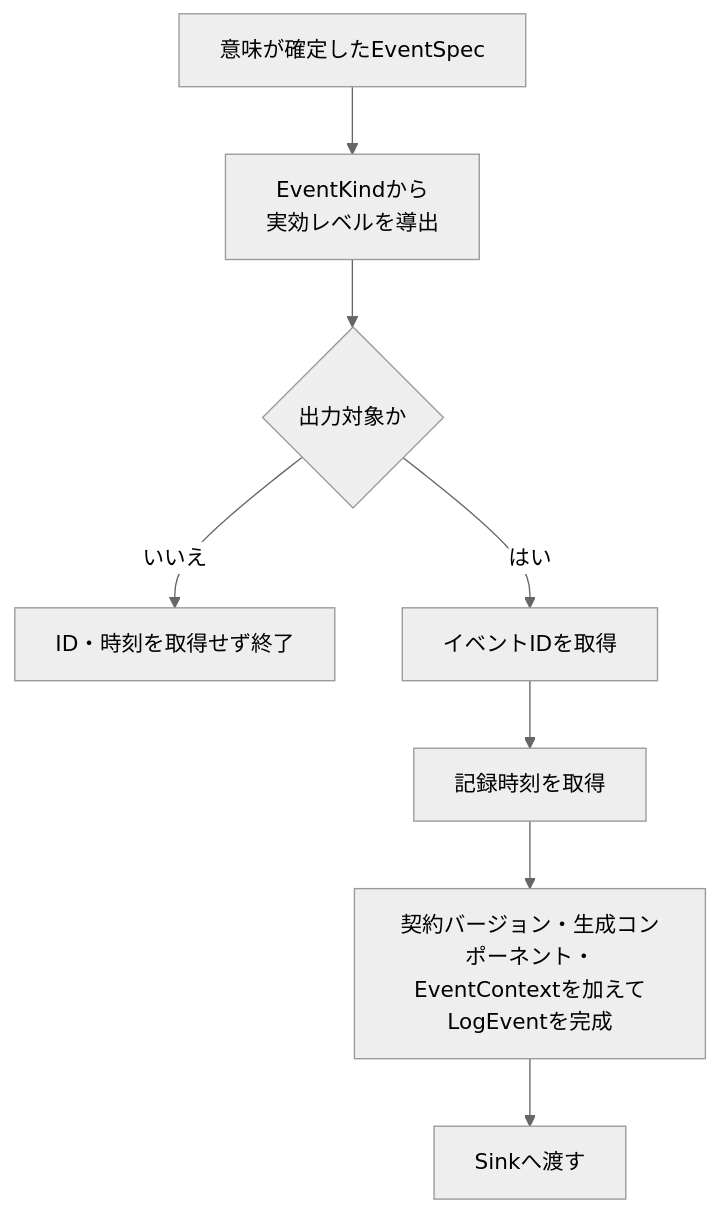
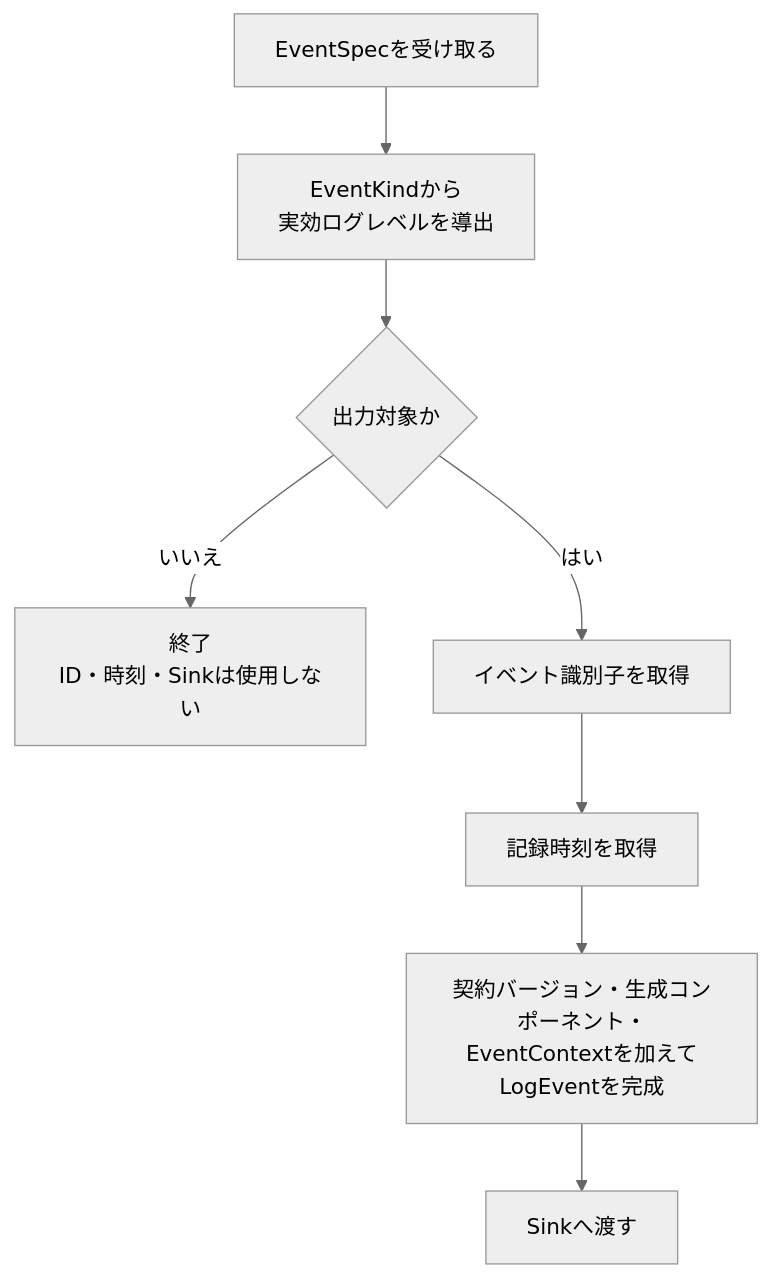
The second of 2 diagrams in project-docs/design/structured-logging/AI推論サービス構造化ログ設計.md (takashit16833/RAGScope), drawn with Mermaid (neutral theme) before and after one commit. The commit also changed other lines of this file, not shown here.

````diff
--- a/project-docs/design/structured-logging/AI推論サービス構造化ログ設計.md
+++ b/project-docs/design/structured-logging/AI推論サービス構造化ログ設計.md
@@ -40,10 +33,10 @@
 ```mermaid
 flowchart TD
-    Spec["意味が確定したEventSpec"] --> Level["EventKindから<br>実効レベルを導出"]
+    Spec["EventSpecを受け取る"] --> Level["EventKindから<br>実効ログレベルを導出"]
     Level --> Filter{"出力対象か"}
-    Filter -->|"いいえ"| End["ID・時刻を取得せず終了"]
-    Filter -->|"はい"| EventId["イベントIDを取得"]
+    Filter -->|"いいえ"| End["終了<br>ID・時刻・Sinkは使用しない"]
+    Filter -->|"はい"| EventId["イベント識別子を取得"]
     EventId --> Clock["記録時刻を取得"]
     Clock --> Complete["契約バージョン・生成コンポーネント・<br>EventContextを加えてLogEventを完成"]
     Complete --> Sink["Sinkへ渡す"]
 ```
````
